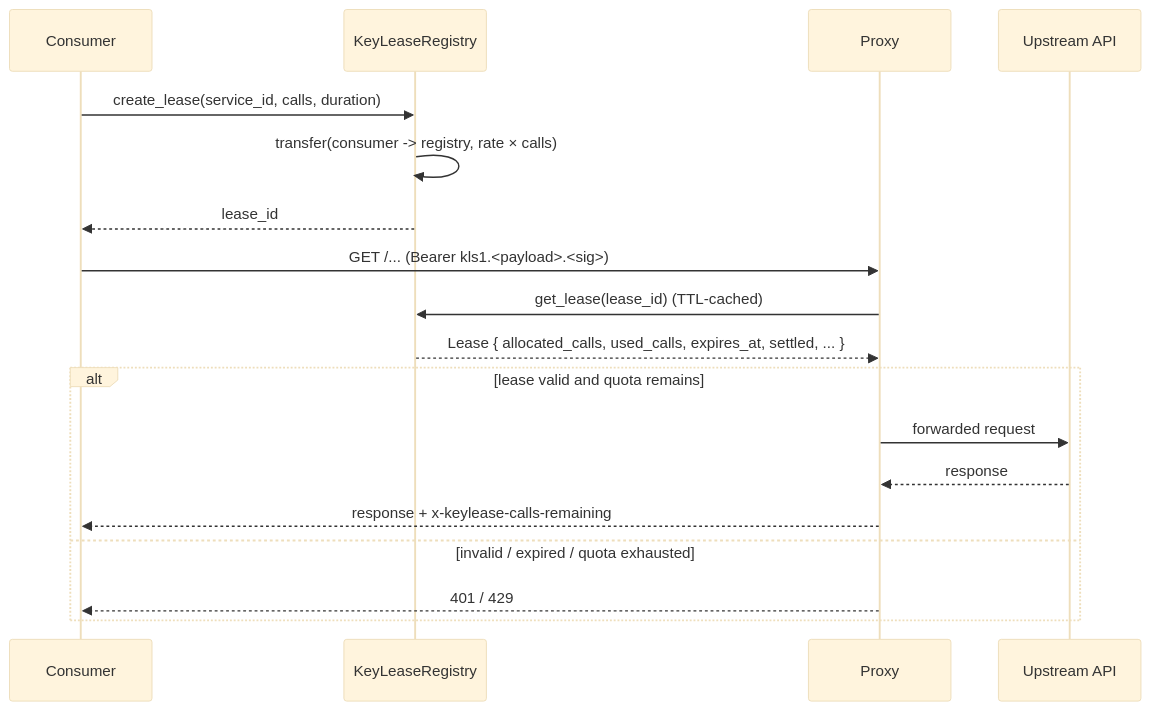
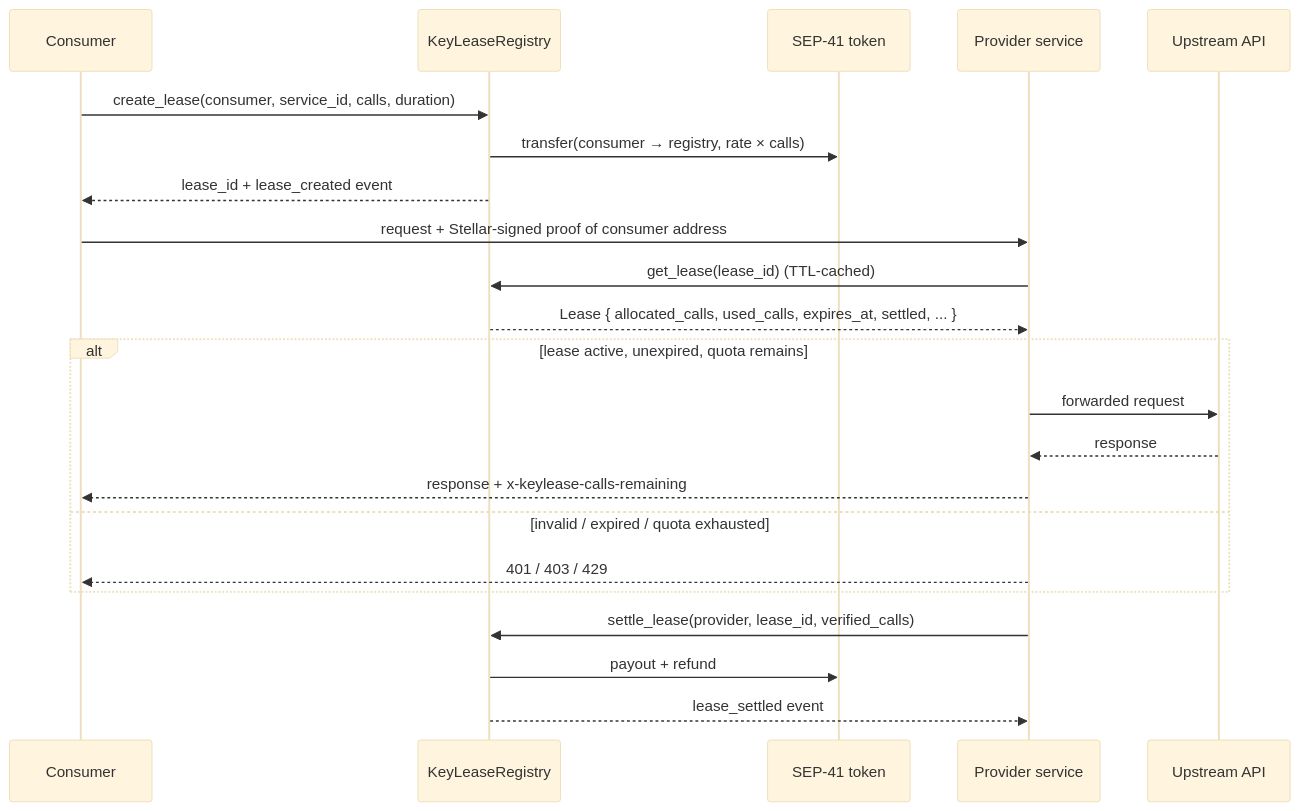
One commit to KeyLease-Security/keylease-core changed the second of 2 diagrams in docs/architecture.md. Above: the diagram before and after it, drawn with Mermaid (base theme). The commit also changed other lines of this file and 40 other files, not shown here.

````diff
--- a/docs/architecture.md
+++ b/docs/architecture.md
@@ -72,21 +75,25 @@
 ```mermaid
 sequenceDiagram
     participant C as Consumer
     participant R as KeyLeaseRegistry
-    participant P as Proxy
+    participant T as SEP-41 token
+    participant P as Provider service
     participant U as Upstream API
 
-    C->>R: create_lease(service_id, calls, duration)
-    R->>R: transfer(consumer -> registry, rate × calls)
-    R-->>C: lease_id
-    C->>P: GET /... (Bearer kls1.<payload>.<sig>)
+    C->>R: create_lease(consumer, service_id, calls, duration)
+    R->>T: transfer(consumer → registry, rate × calls)
+    R-->>C: lease_id + lease_created event
+    C->>P: request + Stellar-signed proof of consumer address
     P->>R: get_lease(lease_id)   (TTL-cached)
     R-->>P: Lease { allocated_calls, used_calls, expires_at, settled, ... }
-    alt lease valid and quota remains
+    alt lease active, unexpired, quota remains
         P->>U: forwarded request
         U-->>P: response
         P-->>C: response + x-keylease-calls-remaining
     else invalid / expired / quota exhausted
-        P-->>C: 401 / 429
+        P-->>C: 401 / 403 / 429
     end
+    P->>R: settle_lease(provider, lease_id, verified_calls)
+    R->>T: payout + refund
+    R-->>P: lease_settled event
 ```
````
